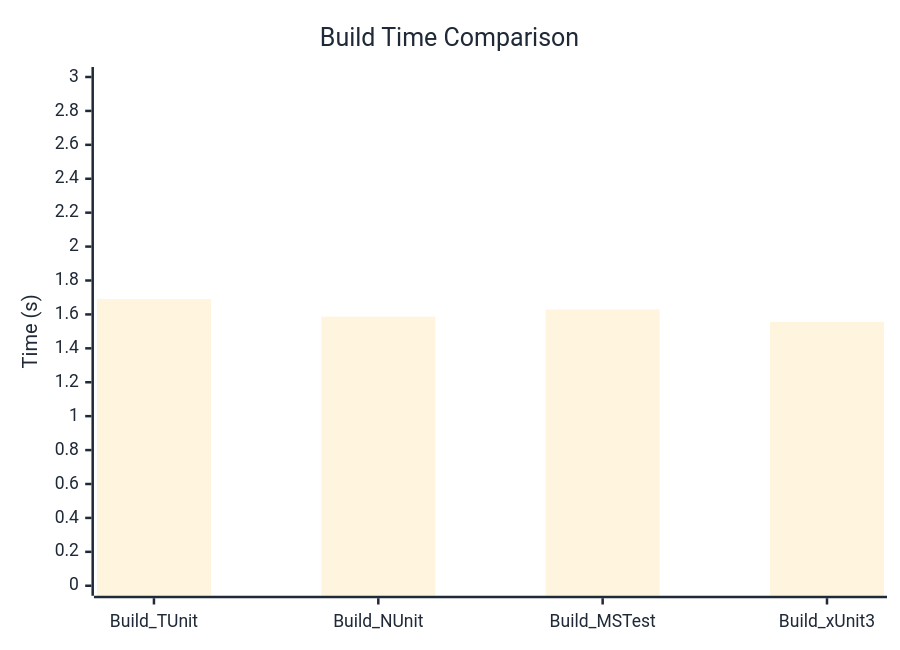
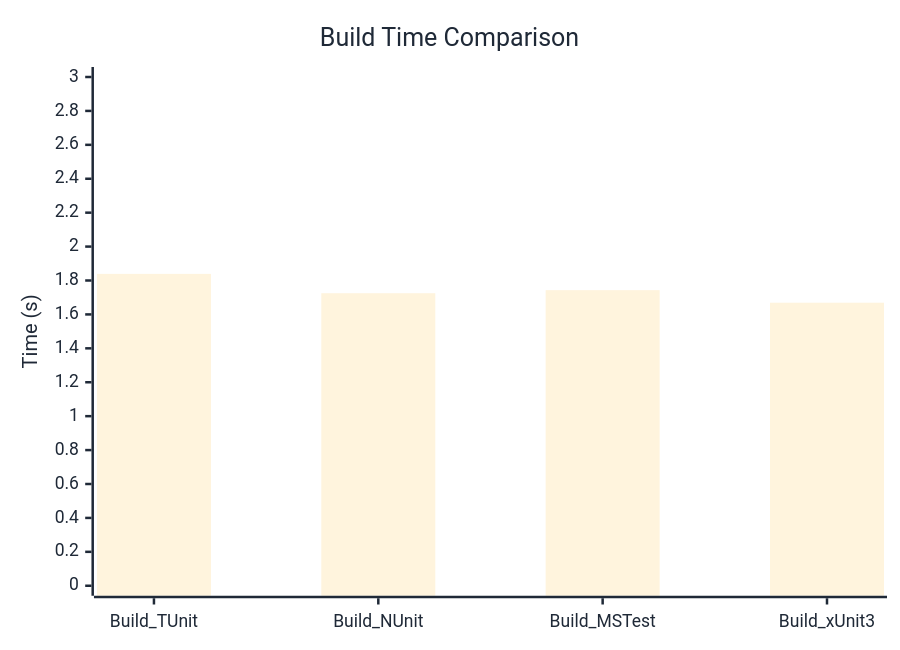
Before and after one commit to thomhurst/TUnit: the diagram in docs/docs/benchmarks/BuildTime.md, drawn with Mermaid. The commit also changed other lines of this file and 17 other files, not shown here.

````diff
--- a/docs/docs/benchmarks/BuildTime.md
+++ b/docs/docs/benchmarks/BuildTime.md
@@ -28,37 +28,37 @@
 ```mermaid
 %%{init: {
   'theme':'base',
   'themeVariables': {
     'primaryColor': '#2563eb',
     'primaryTextColor': '#1f2937',
     'primaryBorderColor': '#1e40af',
     'lineColor': '#6b7280',
     'secondaryColor': '#7c3aed',
     'tertiaryColor': '#dc2626',
     'background': '#ffffff',
     'mainBkg': '#2563eb',
     'secondBkg': '#7c3aed',
     'tertiaryBkg': '#dc2626',
     'clusterBkg': '#f3f4f6',
     'edgeLabelBackground': '#ffffff',
     'tertiaryTextColor': '#1f2937',
     'pie1': '#2563eb',
     'pie2': '#7c3aed',
     'pie3': '#dc2626',
     'pie4': '#f59e0b',
     'pie5': '#10b981',
     'pie6': '#06b6d4',
     'pie7': '#ec4899',
     'pie8': '#6366f1',
     'pie9': '#84cc16',
     'pie10': '#f97316',
     'pie11': '#14b8a6',
     'pie12': '#a855f7'
   }
 }}%%
 xychart-beta
   title "Build Time Comparison"
   x-axis ["Build_TUnit", "Build_NUnit", "Build_MSTest", "Build_xUnit3"]
   y-axis "Time (s)" 0 --> 3
-  bar [1.691, 1.587, 1.629, 1.556]
+  bar [1.839, 1.725, 1.743, 1.669]
 ```
````
